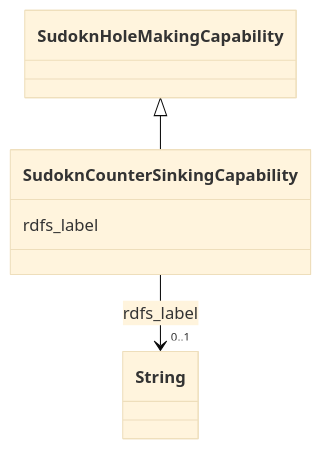
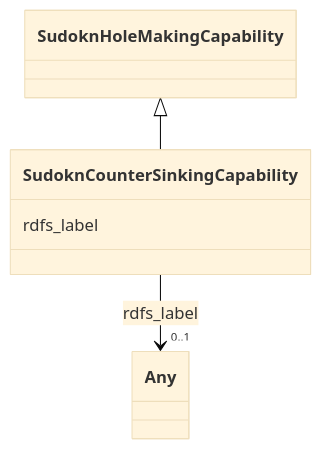
One commit to frink-okn/graph-descriptions changed the diagram in sudokn-kg/classes/SudoknCounterSinkingCapability.md. Above: the diagram before and after it, drawn with Mermaid (base theme). The commit also changed other lines of this file and 903 other files, not shown here.

````diff
--- a/sudokn-kg/classes/SudoknCounterSinkingCapability.md
+++ b/sudokn-kg/classes/SudoknCounterSinkingCapability.md
@@ -23,18 +16,18 @@
 ```mermaid
  classDiagram
     class SudoknCounterSinkingCapability
     click SudoknCounterSinkingCapability href "../SudoknCounterSinkingCapability"
       SudoknHoleMakingCapability <|-- SudoknCounterSinkingCapability
         click SudoknHoleMakingCapability href "../SudoknHoleMakingCapability"
       
       SudoknCounterSinkingCapability : rdfs_label
         
           
     
     
-    SudoknCounterSinkingCapability --> "0..1" String : rdfs_label
-    click String href "../String"
+    SudoknCounterSinkingCapability --> "0..1" Any : rdfs_label
+    click Any href "../Any"
 
         
       
 ```
````
